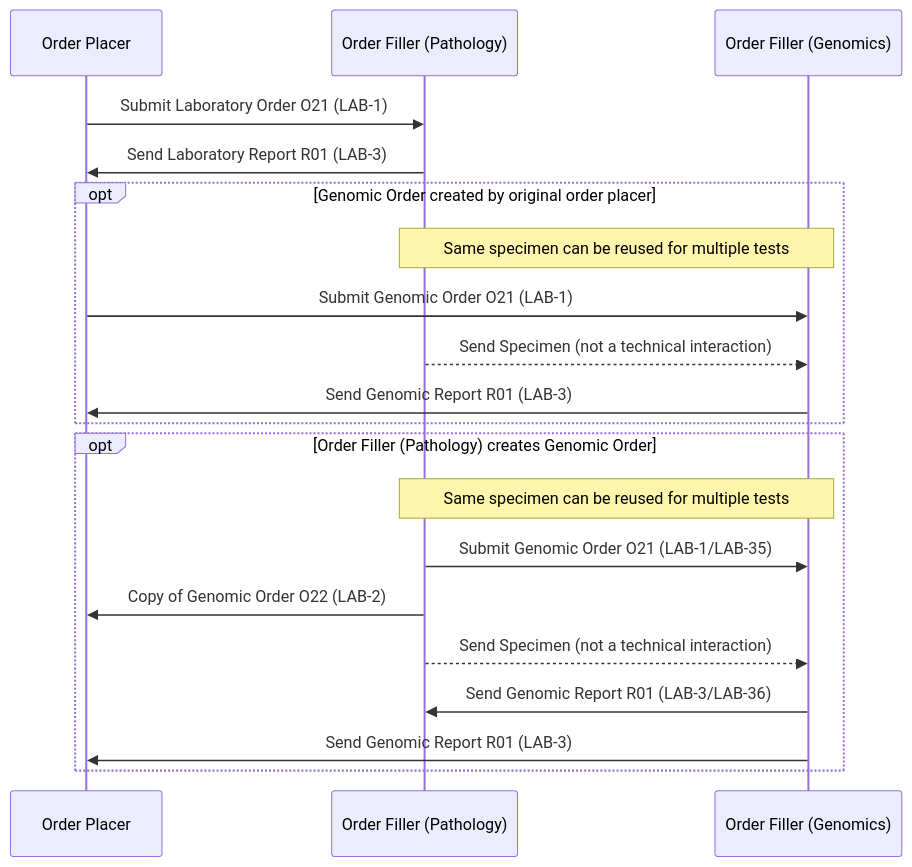
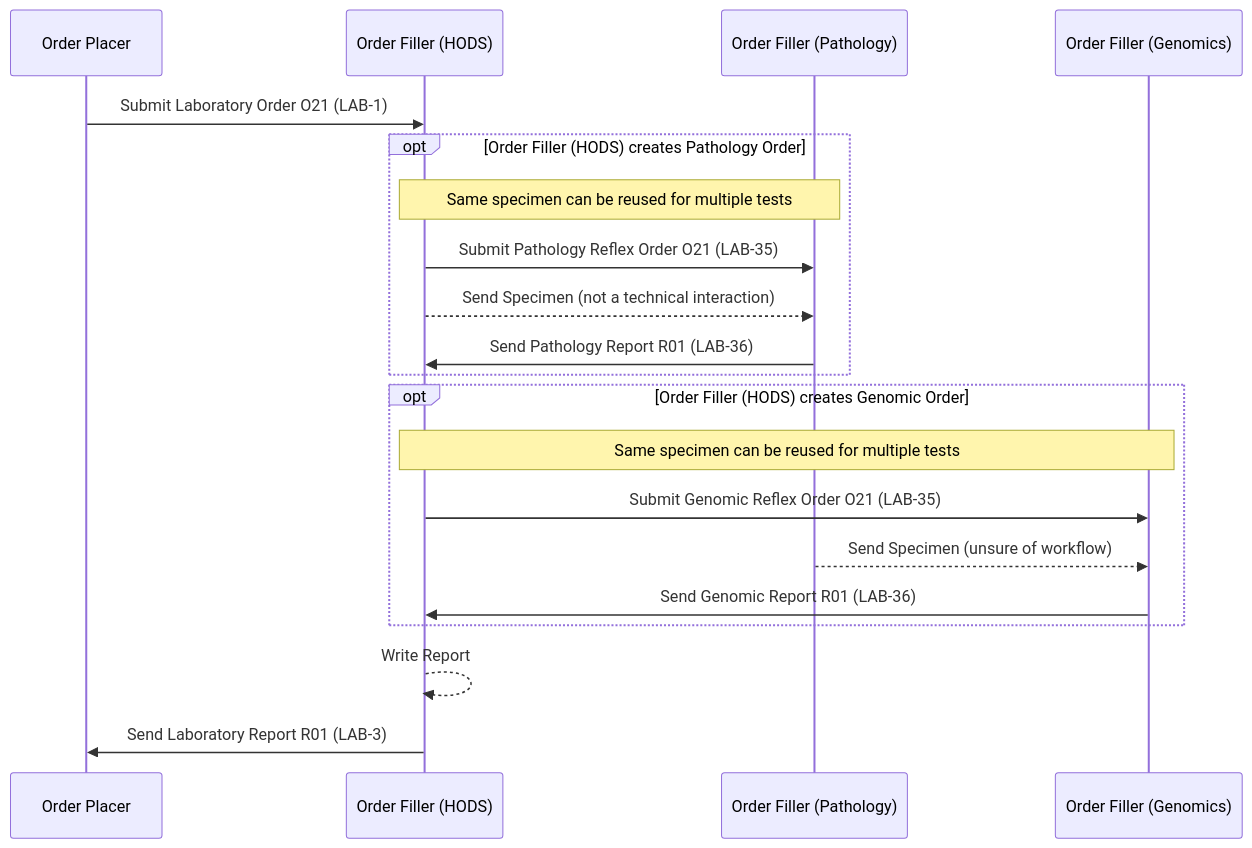
Before and after one commit to nw-gmsa/nw-gmsa.github.com: the fifth of 9 diagrams in input/pagecontent/ILW.md, drawn with Mermaid. The commit also changed other lines of this file, not shown here.

````diff
--- a/input/pagecontent/ILW.md
+++ b/input/pagecontent/ILW.md
@@ -202,31 +229,32 @@
 ```mermaid
 sequenceDiagram
 
 
 participant EPR as Order Placer
+participant LIMS as Order Filler (HODS)
 participant LIMSP as Order Filler (Pathology)
 participant LIMSG as Order Filler (Genomics)
 
 
-EPR ->> LIMSP: Submit Laboratory Order O21 (LAB-1)
-LIMSP ->> EPR: Send Laboratory Report R01 (LAB-3)
+EPR ->> LIMS: Submit Laboratory Order O21 (LAB-1)
 
-opt Genomic Order created by original order placer
+opt Order Filler (HODS) creates Pathology Order
 
-note over LIMSP,LIMSG: Same specimen can be reused for multiple tests
+    note over LIMS,LIMSP: Same specimen can be reused for multiple tests
 
-EPR ->> LIMSG: Submit Genomic Order O21 (LAB-1)
-LIMSP -->> LIMSG: Send Specimen (not a technical interaction)
-LIMSG ->> EPR: Send Genomic Report R01 (LAB-3)
+    LIMS ->> LIMSP: Submit Pathology Reflex Order O21 (LAB-35)
+    LIMS -->> LIMSP: Send Specimen (not a technical interaction)
+    LIMSP ->> LIMS: Send Pathology Report R01 (LAB-36)
 end
 
-opt Order Filler (Pathology) creates Genomic Order
-note over LIMSP,LIMSG: Same specimen can be reused for multiple tests
+opt Order Filler (HODS) creates Genomic Order
 
-LIMSP ->> LIMSG: Submit Genomic Order O21 (LAB-1/LAB-35)
-LIMSP ->> EPR: Copy of Genomic Order O22 (LAB-2)
-LIMSP -->> LIMSG: Send Specimen (not a technical interaction)
-LIMSG ->> LIMSP: Send Genomic Report R01 (LAB-3/LAB-36)
-LIMSG ->> EPR: Send Genomic Report R01 (LAB-3)
+    note over LIMS,LIMSG: Same specimen can be reused for multiple tests
+
+    LIMS ->> LIMSG: Submit Genomic Reflex Order O21 (LAB-35)
+    LIMSP -->> LIMSG: Send Specimen (unsure of workflow)
+    LIMSG ->> LIMS: Send Genomic Report R01 (LAB-36)
 end
+LIMS -->> LIMS: Write Report
+LIMS ->> EPR: Send Laboratory Report R01 (LAB-3)
 ```
````
